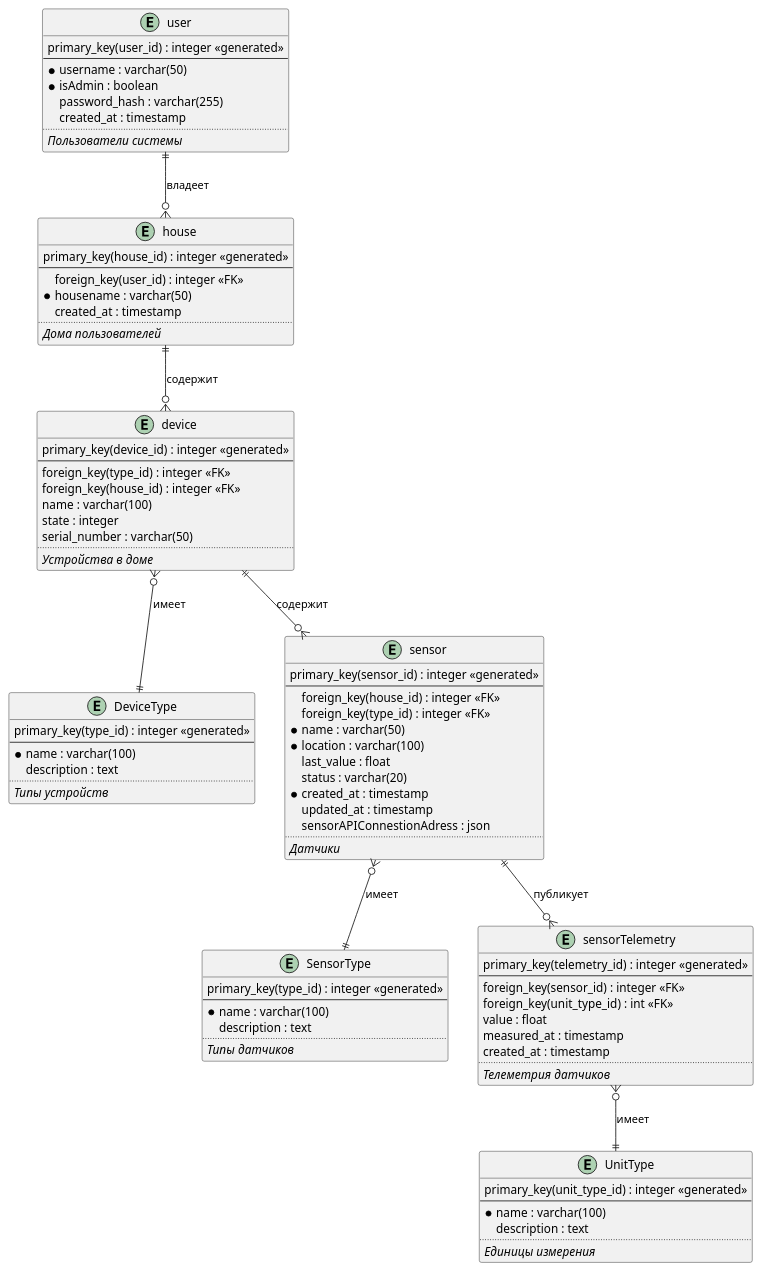
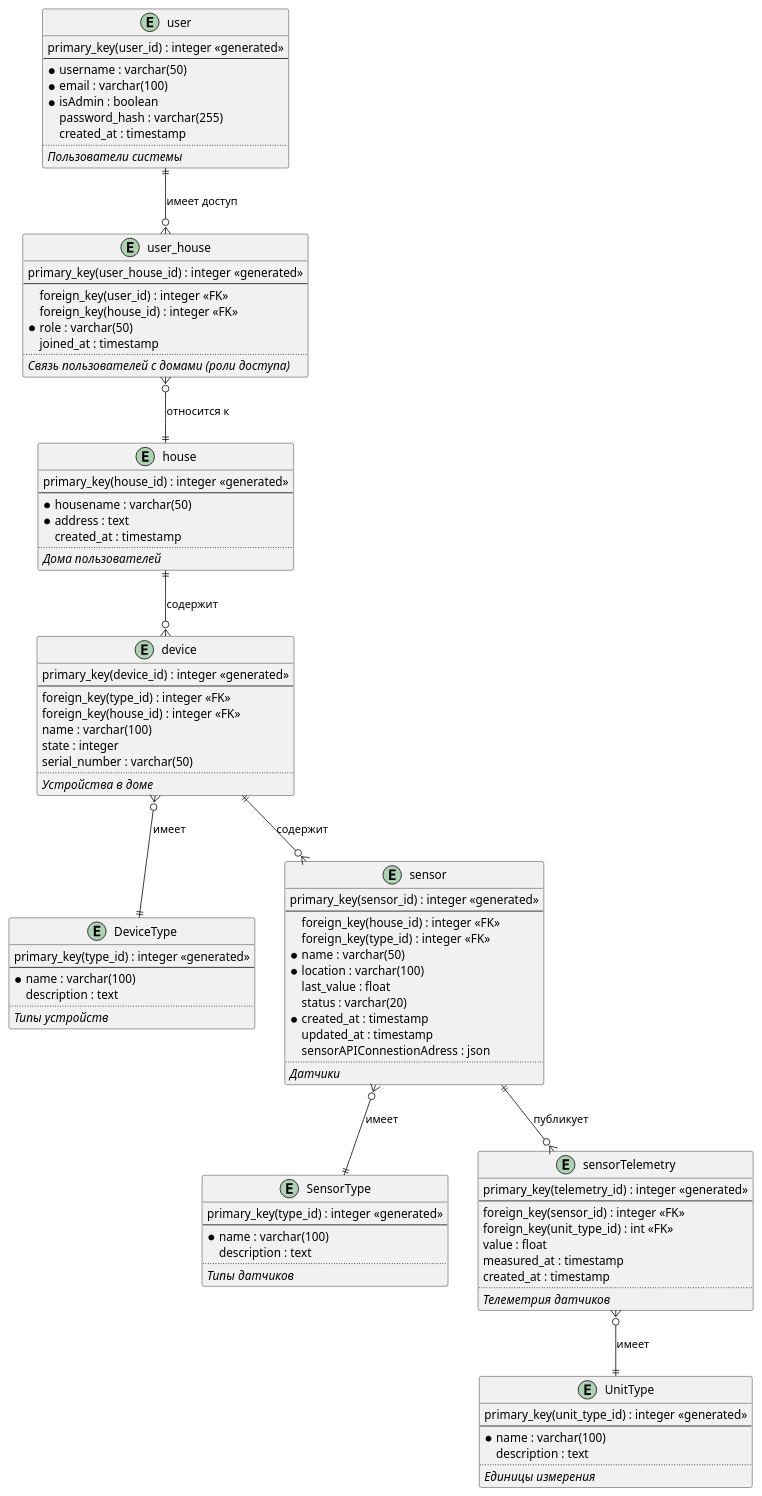
The diagram in apps/schemas/ER.puml (mikhailov26/architecture-warmhouse), drawn with PlantUML before and after one commit. The commit also changed 3 other files, not shown here.

```diff
--- a/apps/schemas/ER.puml
+++ b/apps/schemas/ER.puml
@@ -1,100 +1,114 @@
 @startuml ER-диаграмма
 
 entity "DeviceType" as DeviceType {
   primary_key(type_id) : integer <<generated>>
   --
   *name : varchar(100)
   description : text
   ..
   <i>Типы устройств</i>
 }
 
 entity "SensorType" as SensorType {
   primary_key(type_id) : integer <<generated>>
   --
   *name : varchar(100)
   description : text
   ..
   <i>Типы датчиков</i>
 }
 
 entity "UnitType" as UnitType {
   primary_key(unit_type_id) : integer <<generated>>
   --
   *name : varchar(100)
   description : text
   ..
   <i>Единицы измерения</i>
 }
 
 entity "user" as user {
   primary_key(user_id) : integer <<generated>>
   --
   *username : varchar(50)
+  *email : varchar(100)
   *isAdmin : boolean
   password_hash : varchar(255)
   created_at : timestamp
   ..
   <i>Пользователи системы</i>
 }
 
 entity "house" as house {
   primary_key(house_id) : integer <<generated>>
   --
-  foreign_key(user_id) : integer <<FK>>
   *housename : varchar(50)
+  *address : text
   created_at : timestamp
   ..
   <i>Дома пользователей</i>
+}
+
+entity "user_house" as user_house {
+  primary_key(user_house_id) : integer <<generated>>
+  --
+  foreign_key(user_id) : integer <<FK>>
+  foreign_key(house_id) : integer <<FK>>
+  *role : varchar(50)
+  joined_at : timestamp
+  ..
+  <i>Связь пользователей с домами (роли доступа)</i>
 }
 
 entity "device" as device {
   primary_key(device_id) : integer <<generated>>
   --
   foreign_key(type_id) : integer <<FK>>
   foreign_key(house_id) : integer <<FK>>
   name : varchar(100)
   state : integer
   serial_number : varchar(50)
   ..
   <i>Устройства в доме</i>
 }
 
 entity "sensor" as sensor {
   primary_key(sensor_id) : integer <<generated>>
   --
   foreign_key(house_id) : integer <<FK>>
   foreign_key(type_id) : integer <<FK>>
   *name : varchar(50)
   *location : varchar(100)
   last_value : float
   status : varchar(20)
   *created_at : timestamp
   updated_at : timestamp
   sensorAPIConnestionAdress : json
   ..
   <i>Датчики</i>
 }
 
 entity "sensorTelemetry" as sensorTelemetry {
   primary_key(telemetry_id) : integer <<generated>>
   --
   foreign_key(sensor_id) : integer <<FK>>
   foreign_key(unit_type_id) : int <<FK>>
   value : float
   measured_at : timestamp
   created_at : timestamp
   ..
   <i>Телеметрия датчиков</i>
 }
 
-user ||--o{ house : "владеет"
+user ||--o{ user_house : "имеет доступ"
+user_house }o--|| house : "относится к"
+
 house ||--o{ device : "содержит"
 device ||--o{ sensor : "содержит"
 sensor ||--o{ sensorTelemetry : "публикует"
+
 device }o--|| DeviceType : "имеет"
 sensor }o--|| SensorType : "имеет"
 sensorTelemetry }o--|| UnitType : "имеет"
 
-
 @enduml
```
